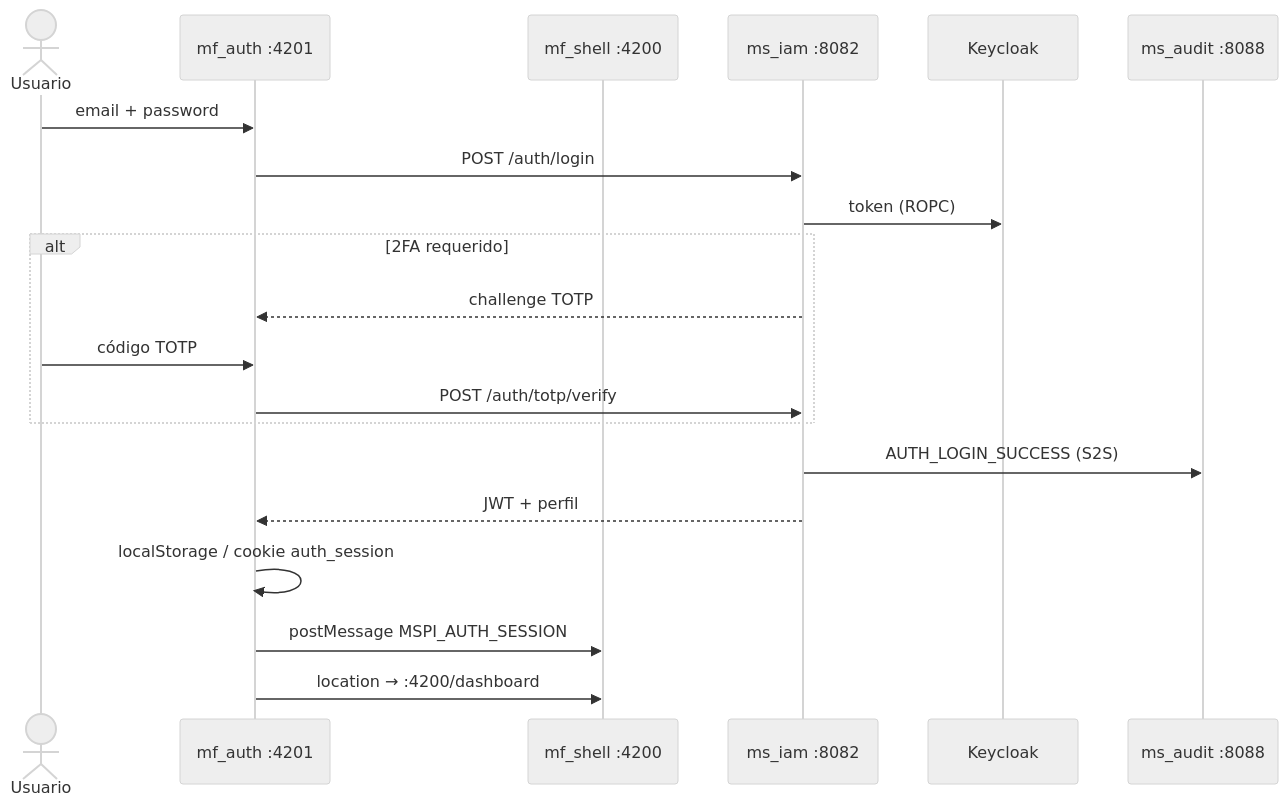
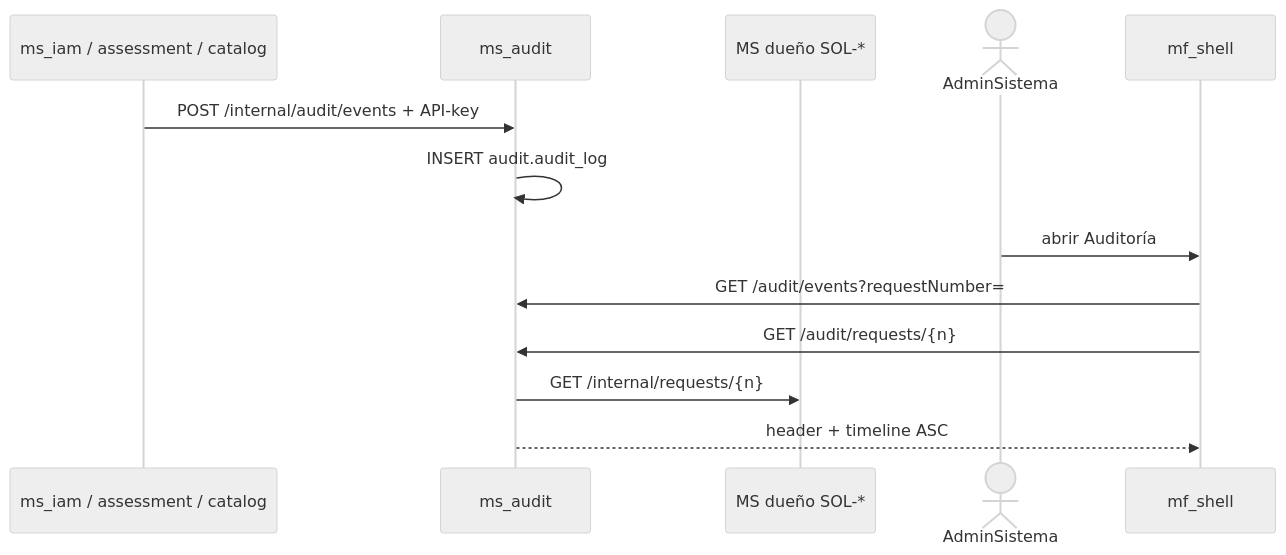
Before and after one commit to jdtovar07/MSPI_NVA_CO_DOCS: the tenth of 10 diagrams in Documentacion-General/15-Diagramas-C4-y-Secuencias.md, drawn with Mermaid (neutral theme). The commit also changed other lines of this file and 1 other file, not shown here.

First line of the commit message:
docs: expand C4, deployment, ER and key sequence diagrams

````diff
--- a/Documentacion-General/15-Diagramas-C4-y-Secuencias.md
+++ b/Documentacion-General/15-Diagramas-C4-y-Secuencias.md
@@ -242,23 +368,16 @@
 ```mermaid
 sequenceDiagram
-    actor U as Usuario
-    participant Auth as mf_auth :4201
-    participant Shell as mf_shell :4200
-    participant IAM as ms_iam :8082
-    participant KC as Keycloak
-    participant AUD as ms_audit :8088
+    participant Prod as ms_iam / assessment / catalog
+    participant AUD as ms_audit
+    participant Own as MS dueño SOL-*
+    actor Admin as AdminSistema
+    participant UI as mf_shell
 
-    U->>Auth: email + password
-    Auth->>IAM: POST /auth/login
-    IAM->>KC: token (ROPC)
-    alt 2FA requerido
-        IAM-->>Auth: challenge TOTP
-        U->>Auth: código TOTP
-        Auth->>IAM: POST /auth/totp/verify
-    end
-    IAM->>AUD: AUTH_LOGIN_SUCCESS (S2S)
-    IAM-->>Auth: JWT + perfil
-    Auth->>Auth: localStorage / cookie auth_session
-    Auth->>Shell: postMessage MSPI_AUTH_SESSION
-    Auth->>Shell: location → :4200/dashboard
+    Prod->>AUD: POST /internal/audit/events + API-key
+    AUD->>AUD: INSERT audit.audit_log
+    Admin->>UI: abrir Auditoría
+    UI->>AUD: GET /audit/events?requestNumber=
+    UI->>AUD: GET /audit/requests/{n}
+    AUD->>Own: GET /internal/requests/{n}
+    AUD-->>UI: header + timeline ASC
 ```
````
